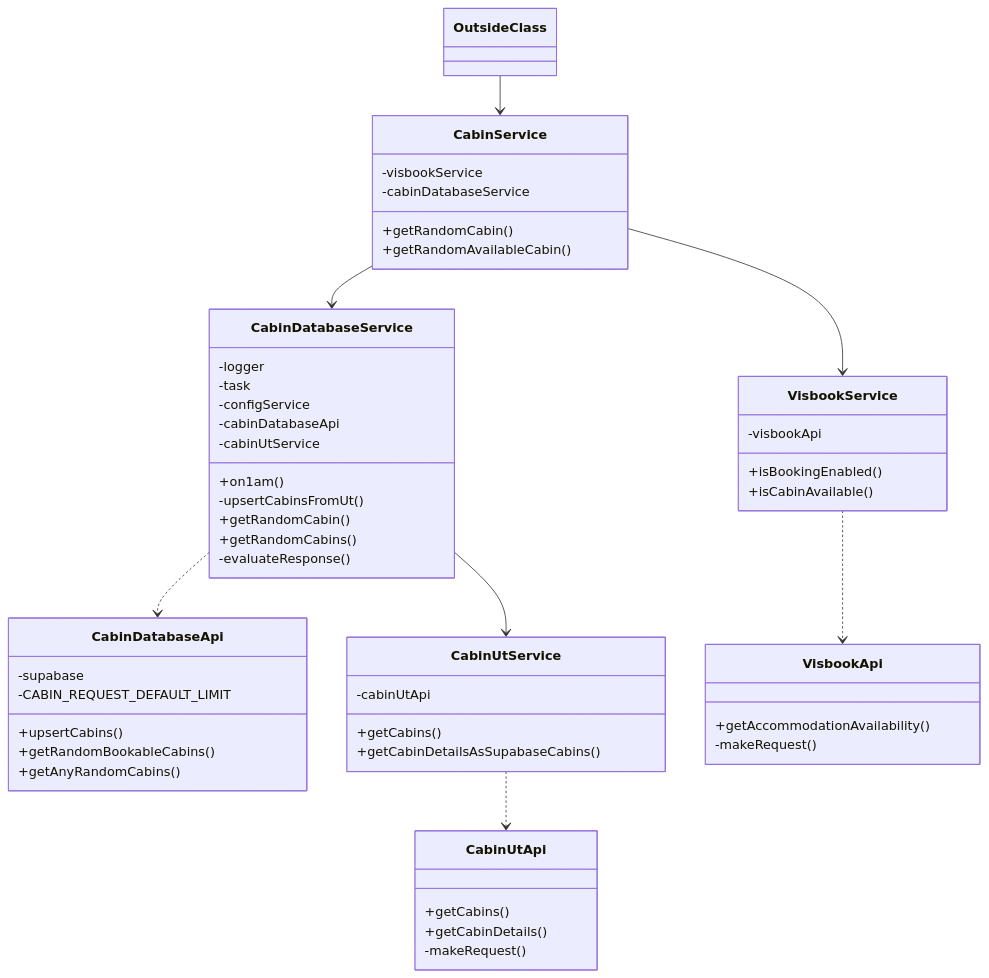
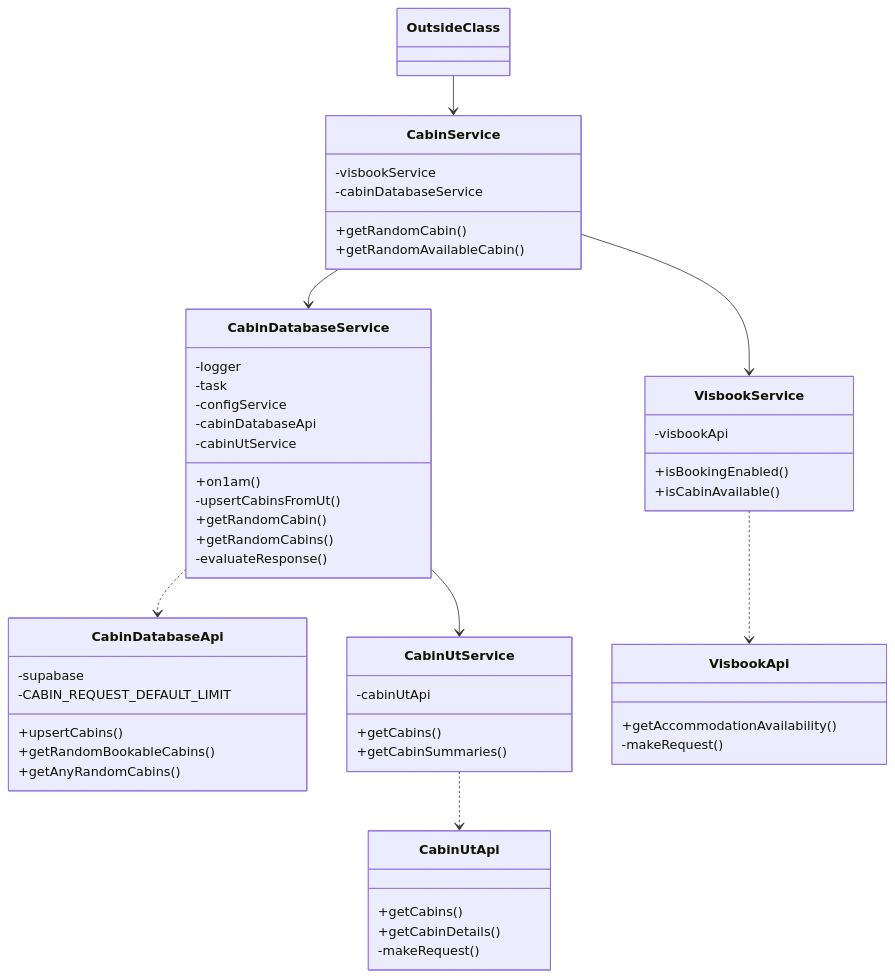
The diagram in docs/dev-guide/cabins.md (gingermusketeer/dnt-discord-bot), drawn with Mermaid before and after one commit. The commit also changed 5 other files, not shown here.

Commit message:
refactor: rename SupabaseCabin to CabinSummary

````diff
--- a/docs/dev-guide/cabins.md
+++ b/docs/dev-guide/cabins.md
@@ -5,62 +5,62 @@
 ```mermaid
 classDiagram
 
 OutsideClass --> CabinService
 CabinService --> CabinDatabaseService
 CabinDatabaseService ..> CabinDatabaseApi
 CabinService --> VisbookService
 CabinDatabaseService --> CabinUtService
 CabinUtService ..> CabinUtApi
 VisbookService ..> VisbookApi
 
 class CabinService {
   -visbookService
   -cabinDatabaseService
   +getRandomCabin()
   +getRandomAvailableCabin()
 }
 
 class CabinDatabaseService {
   -logger
   -task
   -configService
   -cabinDatabaseApi
   -cabinUtService
   +on1am()
   -upsertCabinsFromUt()
   +getRandomCabin()
   +getRandomCabins()
   -evaluateResponse()
 }
 
 class CabinDatabaseApi {
   -supabase
   -CABIN_REQUEST_DEFAULT_LIMIT
   +upsertCabins()
   +getRandomBookableCabins()
   +getAnyRandomCabins()
 }
 
 class CabinUtService {
   -cabinUtApi
   +getCabins()
-  +getCabinDetailsAsSupabaseCabins()
+  +getCabinSummaries()
 }
 
 class CabinUtApi {
   +getCabins()
   +getCabinDetails()
   -makeRequest()
 }
 
 class VisbookService {
   -visbookApi
   +isBookingEnabled()
   +isCabinAvailable()
 }
 
 class VisbookApi {
   +getAccommodationAvailability()
   -makeRequest()
 }
 ```
````
